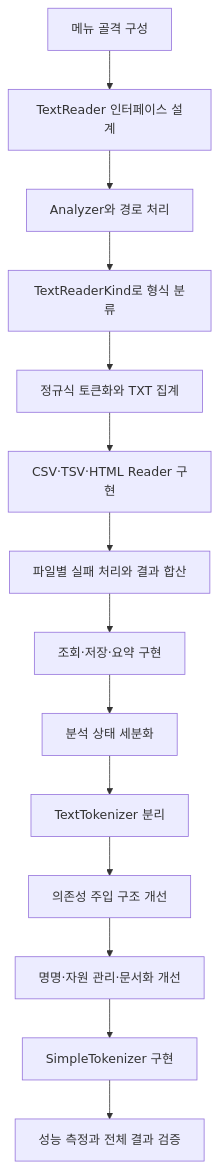
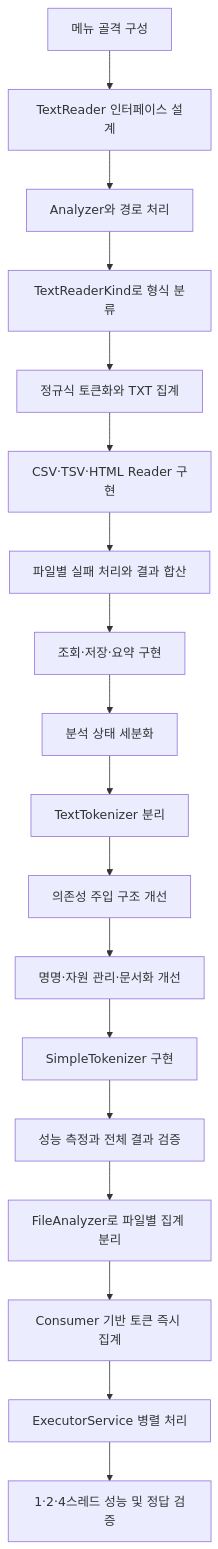
One commit to tkdgh816/java-learning changed the diagram in java-word-counter/진행 과정.md. Above: the diagram before and after it, drawn with Mermaid. The commit also changed other lines of this file and 5 other files, not shown here.

````diff
--- a/java-word-counter/진행 과정.md
+++ b/java-word-counter/진행 과정.md
@@ -41,16 +43,20 @@
 ```mermaid
 flowchart TD
     A[메뉴 골격 구성] --> B[TextReader 인터페이스 설계]
     B --> C[Analyzer와 경로 처리]
     C --> D[TextReaderKind로 형식 분류]
     D --> E[정규식 토큰화와 TXT 집계]
     E --> F[CSV·TSV·HTML Reader 구현]
     F --> G[파일별 실패 처리와 결과 합산]
     G --> H[조회·저장·요약 구현]
     H --> I[분석 상태 세분화]
     I --> J[TextTokenizer 분리]
     J --> K[의존성 주입 구조 개선]
     K --> L[명명·자원 관리·문서화 개선]
     L --> M[SimpleTokenizer 구현]
     M --> N[성능 측정과 전체 결과 검증]
+    N --> O[FileAnalyzer로 파일별 집계 분리]
+    O --> P[Consumer 기반 토큰 즉시 집계]
+    P --> Q[ExecutorService 병렬 처리]
+    Q --> R[1·2·4스레드 성능 및 정답 검증]
 ```
````
